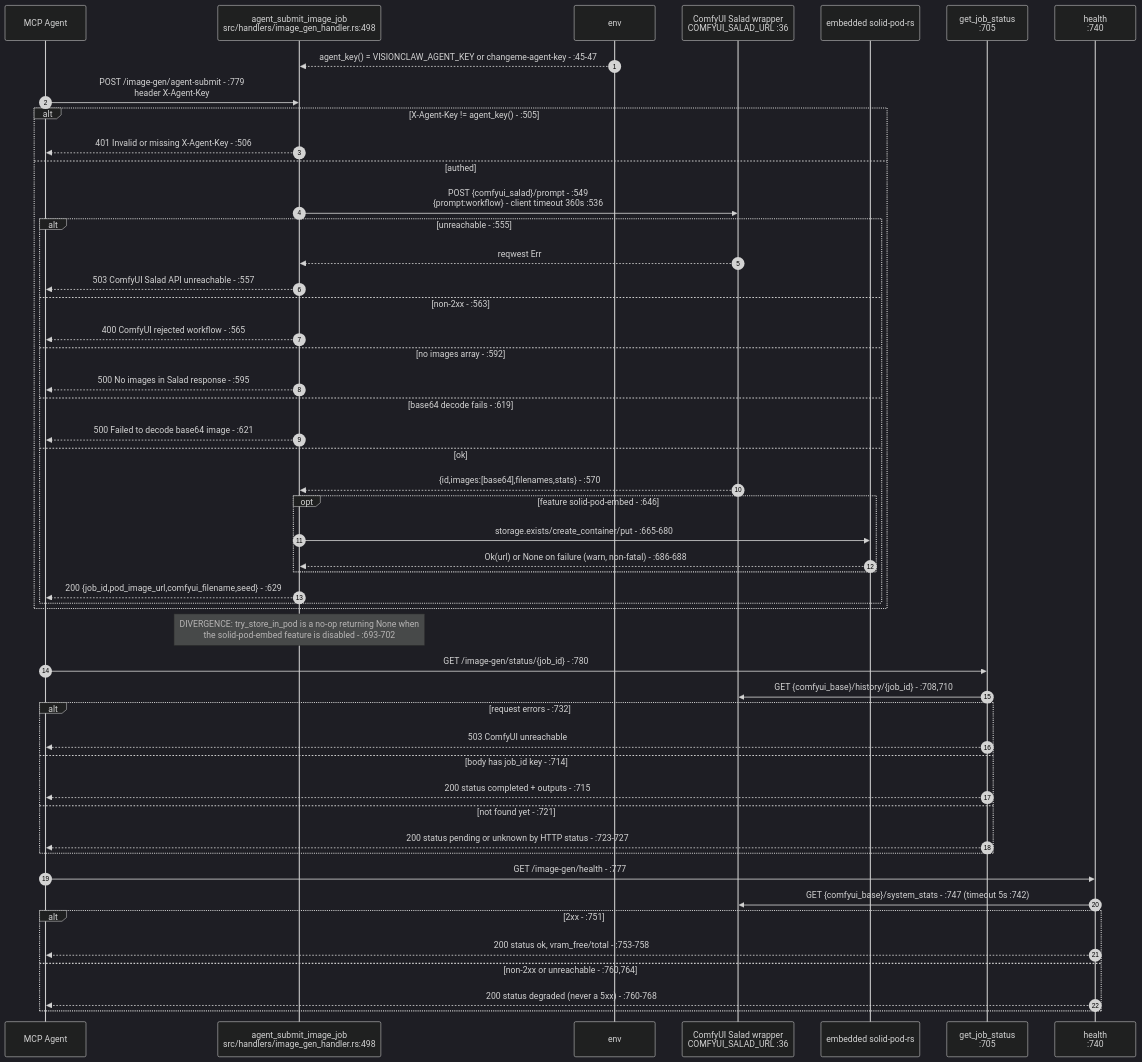
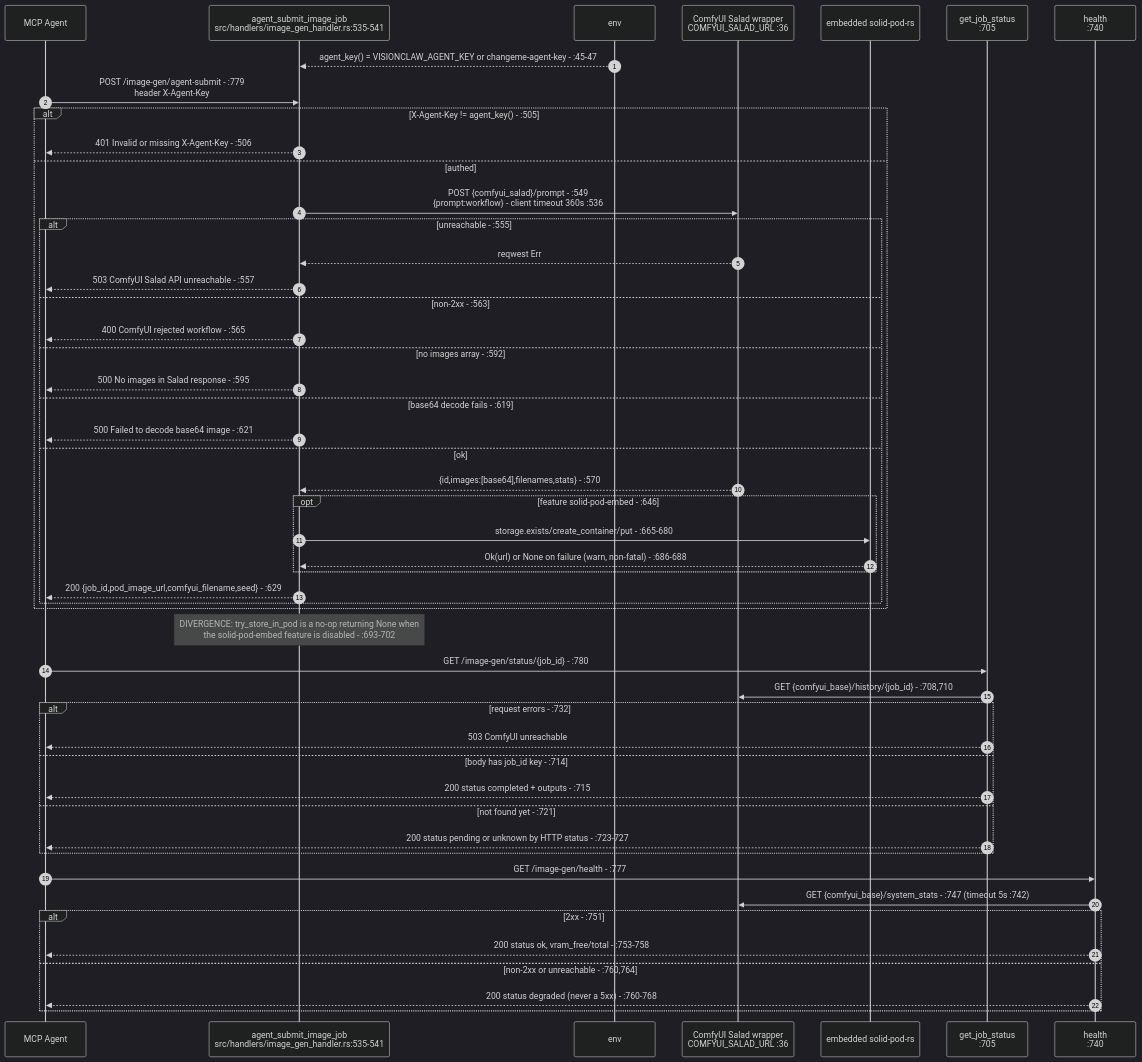
Before and after one commit to DreamLab-AI/AR-AI-Knowledge-Graph: the fifth of 9 diagrams in docs/diagrams/visionclaw/28-external-services.md, drawn with Mermaid (dark theme). The commit also changed other lines of this file and 36 other files, not shown here.

````diff
--- a/docs/diagrams/visionclaw/28-external-services.md
+++ b/docs/diagrams/visionclaw/28-external-services.md
@@ -213,56 +213,56 @@
 ```mermaid
 sequenceDiagram
     autonumber
     participant A as MCP Agent
-    participant AS as agent_submit_image_job<br/>src/handlers/image_gen_handler.rs:498
+    participant AS as agent_submit_image_job<br/>src/handlers/image_gen_handler.rs:535-541
     participant ENV as env
     participant SAL as ComfyUI Salad wrapper<br/>COMFYUI_SALAD_URL :36
     participant POD as embedded solid-pod-rs
 
     ENV-->>AS: agent_key() = VISIONCLAW_AGENT_KEY or changeme-agent-key - :45-47
     A->>AS: POST /image-gen/agent-submit - :779<br/>header X-Agent-Key
     alt X-Agent-Key != agent_key() - :505
         AS-->>A: 401 Invalid or missing X-Agent-Key - :506
     else authed
         AS->>SAL: POST {comfyui_salad}/prompt - :549<br/>{prompt:workflow} - client timeout 360s :536
         alt unreachable - :555
             SAL-->>AS: reqwest Err
             AS-->>A: 503 ComfyUI Salad API unreachable - :557
         else non-2xx - :563
             AS-->>A: 400 ComfyUI rejected workflow - :565
         else no images array - :592
             AS-->>A: 500 No images in Salad response - :595
         else base64 decode fails - :619
             AS-->>A: 500 Failed to decode base64 image - :621
         else ok
             SAL-->>AS: {id,images:[base64],filenames,stats} - :570
             opt feature solid-pod-embed - :646
                 AS->>POD: storage.exists/create_container/put - :665-680
                 POD-->>AS: Ok(url) or None on failure (warn, non-fatal) - :686-688
             end
             AS-->>A: 200 {job_id,pod_image_url,comfyui_filename,seed} - :629
         end
     end
 
     Note over AS: DIVERGENCE: try_store_in_pod is a no-op returning None when<br/>the solid-pod-embed feature is disabled - :693-702
 
     participant GJ as get_job_status<br/>:705
     A->>GJ: GET /image-gen/status/{job_id} - :780
     GJ->>SAL: GET {comfyui_base}/history/{job_id} - :708,710
     alt request errors - :732
         GJ-->>A: 503 ComfyUI unreachable
     else body has job_id key - :714
         GJ-->>A: 200 status completed + outputs - :715
     else not found yet - :721
         GJ-->>A: 200 status pending or unknown by HTTP status - :723-727
     end
 
     participant HL as health<br/>:740
     A->>HL: GET /image-gen/health - :777
     HL->>SAL: GET {comfyui_base}/system_stats - :747 (timeout 5s :742)
     alt 2xx - :751
         HL-->>A: 200 status ok, vram_free/total - :753-758
     else non-2xx or unreachable - :760,764
         HL-->>A: 200 status degraded (never a 5xx) - :760-768
     end
 ```
````
